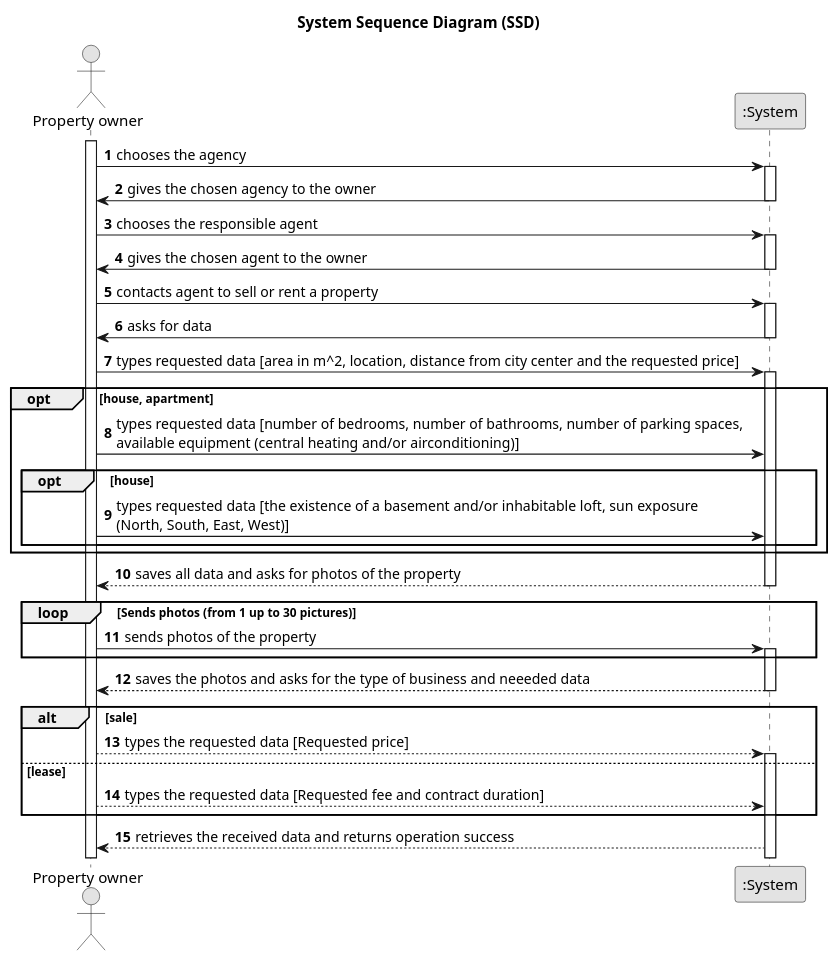
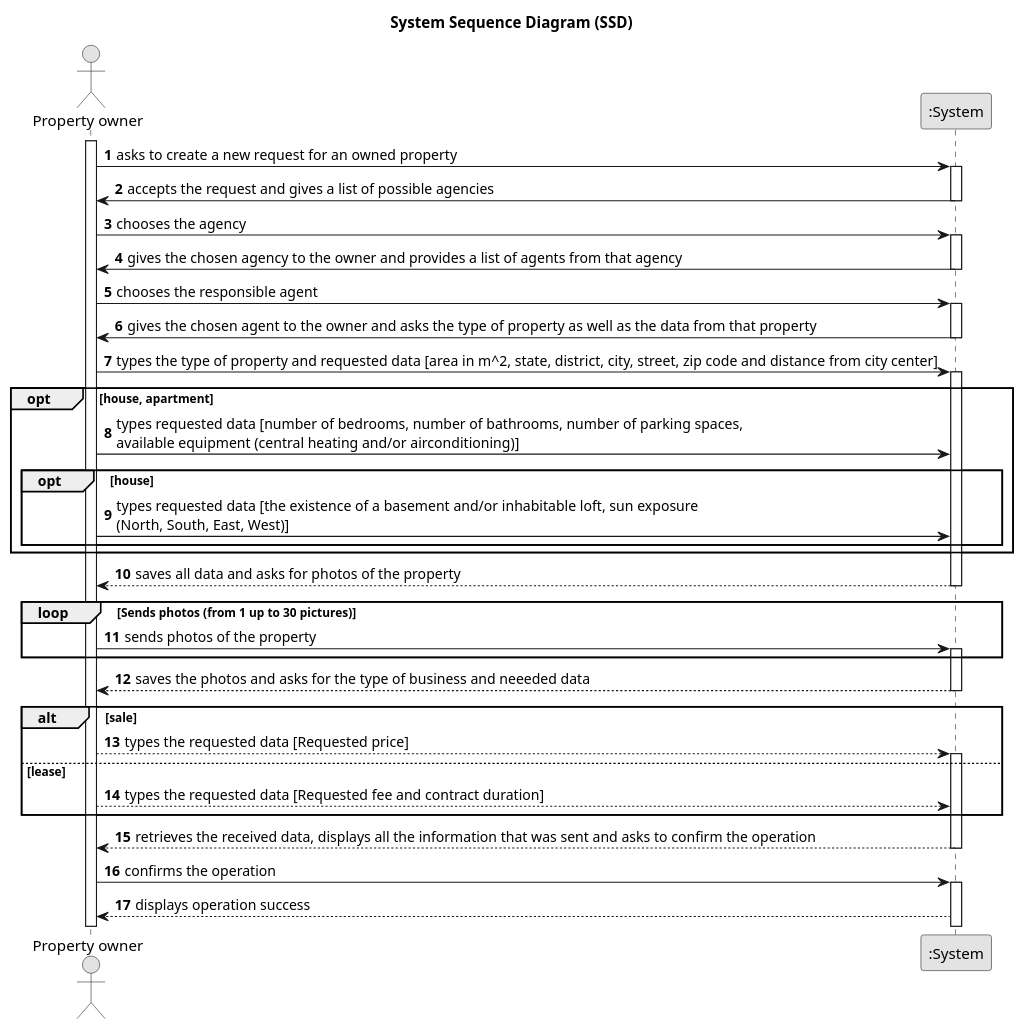
One commit to PureNimble/ISEP-LAPR2 changed the diagram in docs/sprintB/US04/01.requirements-engineering/puml/us04-system-sequence-diagram-alternative-one.puml. Above: the diagram before and after it, drawn with PlantUML. The commit also changed 2 other files, not shown here.

```diff
--- a/docs/sprintB/US04/01.requirements-engineering/puml/us04-system-sequence-diagram-alternative-one.puml
+++ b/docs/sprintB/US04/01.requirements-engineering/puml/us04-system-sequence-diagram-alternative-one.puml
@@ -1,67 +1,75 @@
 @startuml
 skinparam monochrome true
 skinparam packageStyle rectangle
 skinparam shadowing false
 
 title System Sequence Diagram (SSD)
 
 autonumber
 
 actor "Property owner" as Owner
 participant ":System" as sys
 
 activate Owner
 
+
+    Owner -> sys : asks to create a new request for an owned property
+    activate sys
+
+    sys -> Owner : accepts the request and gives a list of possible agencies
+    deactivate sys
+
     Owner -> sys : chooses the agency
     activate sys
 
-    sys -> Owner : gives the chosen agency to the owner
+    sys -> Owner : gives the chosen agency to the owner and provides a list of agents from that agency
     deactivate sys
 
     Owner -> sys : chooses the responsible agent
     activate sys
 
-    sys -> Owner : gives the chosen agent to the owner
+    sys -> Owner : gives the chosen agent to the owner and asks the type of property as well as the data from that property
     deactivate sys
 
-    Owner -> sys : contacts agent to sell or rent a property
-    activate sys
-
-    sys -> Owner : asks for data
-    deactivate sys
-
-    Owner -> sys : types requested data [area in m^2, location, distance from city center and the requested price]
+    Owner -> sys : types the type of property and requested data [area in m^2, state, district, city, street, zip code and distance from city center]
     activate sys
 
     opt house, apartment
         Owner -> sys : types requested data [number of bedrooms, number of bathrooms, number of parking spaces, \navailable equipment (central heating and/or airconditioning)]
         opt house
             Owner -> sys : types requested data [the existence of a basement and/or inhabitable loft, sun exposure \n(North, South, East, West)]
         end
     end
 
     sys ---> Owner : saves all data and asks for photos of the property
     deactivate sys
 
     loop Sends photos (from 1 up to 30 pictures)
 
         Owner -> sys : sends photos of the property
         activate sys
 
     end
 
     sys ---> Owner : saves the photos and asks for the type of business and neeeded data
     deactivate sys
 
     alt sale
             Owner ---> sys : types the requested data [Requested price]
             activate sys
         
         else lease
 
             Owner ---> sys : types the requested data [Requested fee and contract duration]
 
     end
 
-    sys --> Owner : retrieves the received data and returns operation success
-@enduml
+    sys --> Owner : retrieves the received data, displays all the information that was sent and asks to confirm the operation
+    deactivate sys
+
+    Owner -> sys : confirms the operation
+    activate sys
+
+    sys --> Owner : displays operation success
+    
+    @enduml
```
